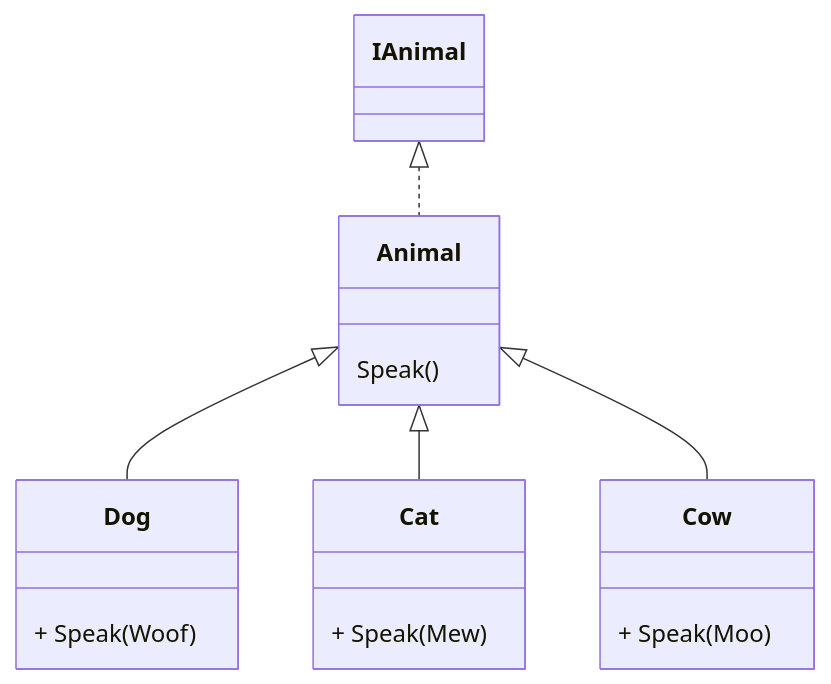
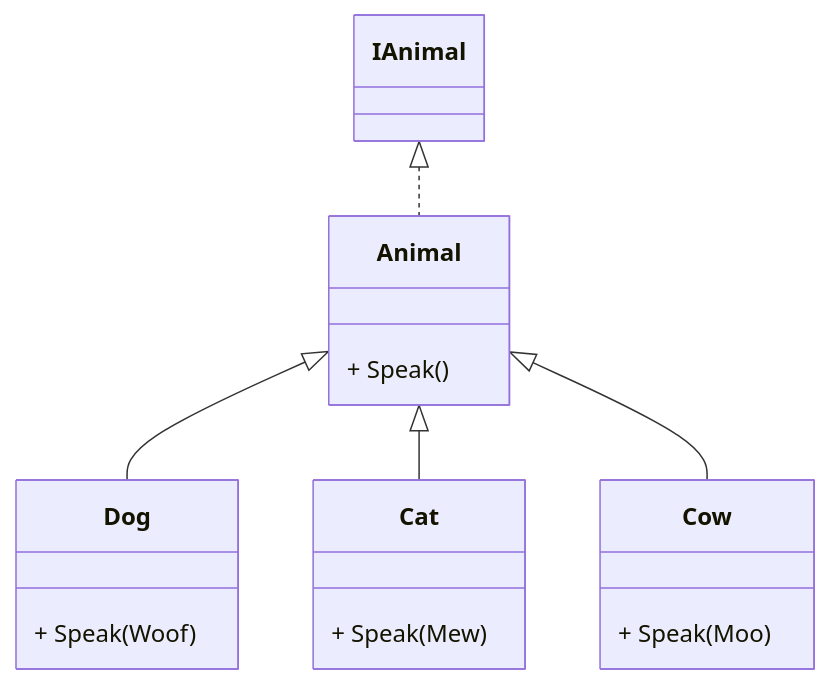
The diagram in README.md (TGabinW/CW6), drawn with Mermaid before and after one commit.

````diff
--- a/README.md
+++ b/README.md
@@ -3,18 +3,18 @@
 ```mermaid
 classDiagram
     IAnimal<|..Animal
-    Animal: Speak()
+    Animal: + Speak()
    
     Animal <|-- Dog
     Animal <|-- Cat
     Animal <|-- Cow
     class Dog{
         +  Speak(Woof)
     }
     class Cat{
         + Speak(Mew)
     }
     class Cow{
         + Speak(Moo)
     }
 ```
````
